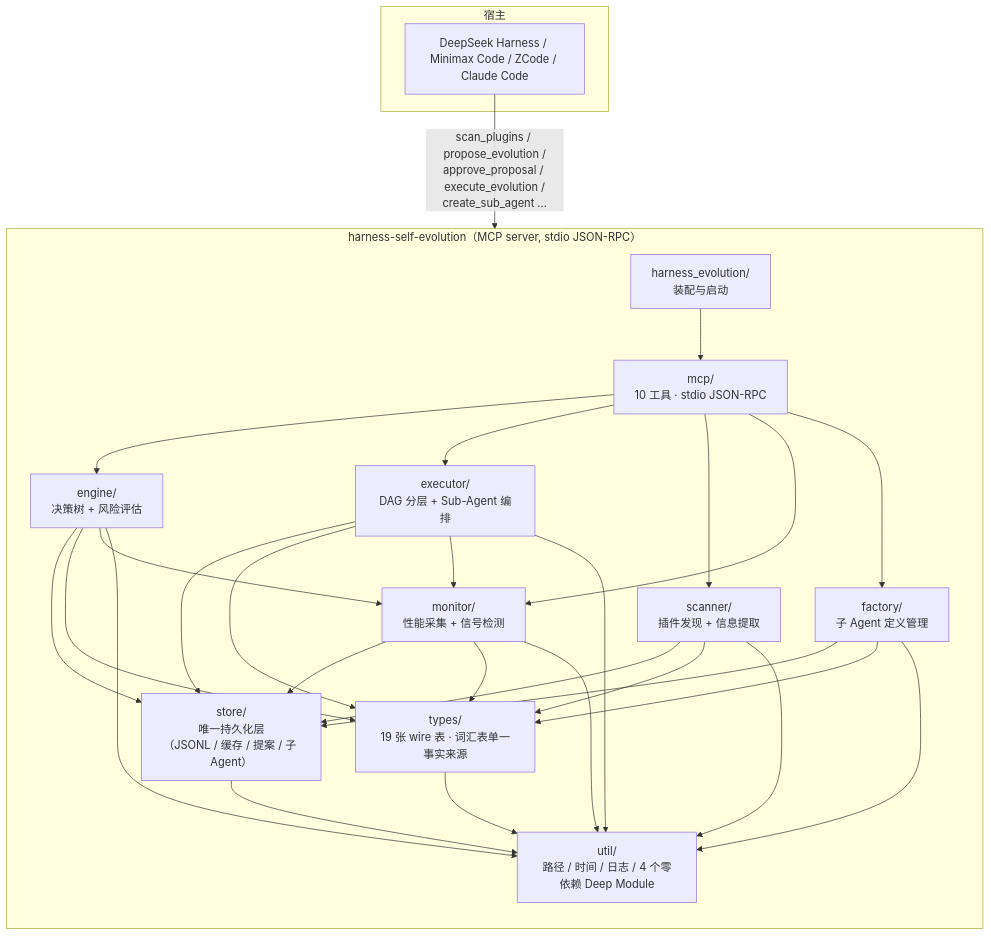
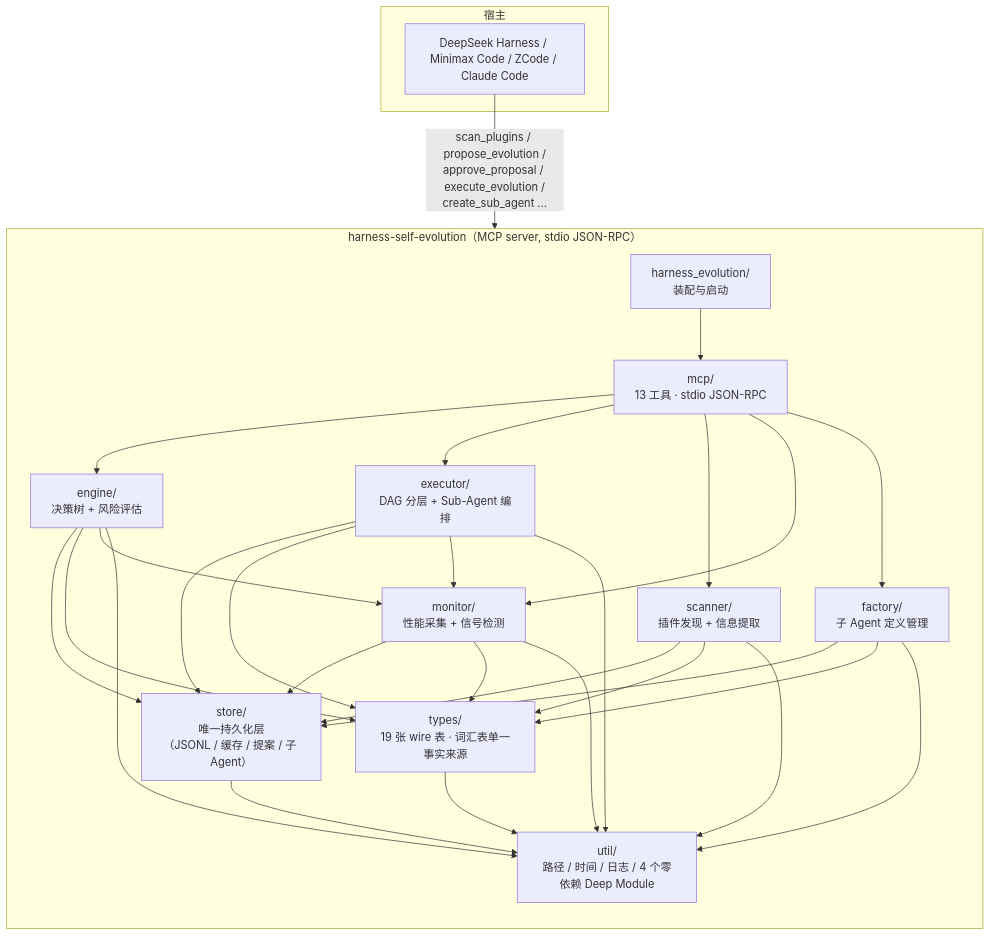
Before and after one commit to Across2005/harness-self-evolution-plugin: the first of 2 diagrams in README.md, drawn with Mermaid. The commit also changed other lines of this file and 28 other files, not shown here.

````diff
--- a/README.md
+++ b/README.md
@@ -67,47 +94,47 @@
 ```mermaid
 flowchart TB
     subgraph 宿主
         Client["DeepSeek Harness / Minimax Code / ZCode / Claude Code"]
     end
     
     subgraph "harness-self-evolution（MCP server, stdio JSON-RPC）"
         direction TB
         HE["harness_evolution/<br/>装配与启动"]
-        MCP["mcp/<br/>10 工具 · stdio JSON-RPC"]
+        MCP["mcp/<br/>13 工具 · stdio JSON-RPC"]
         ENG["engine/<br/>决策树 + 风险评估"]
         EXE["executor/<br/>DAG 分层 + Sub-Agent 编排"]
         FAC["factory/<br/>子 Agent 定义管理"]
         SCN["scanner/<br/>插件发现 + 信息提取"]
         MON["monitor/<br/>性能采集 + 信号检测"]
         ST["store/<br/>唯一持久化层<br/>（JSONL / 缓存 / 提案 / 子 Agent）"]
         TY["types/<br/>19 张 wire 表 · 词汇表单一事实来源"]
         UT["util/<br/>路径 / 时间 / 日志 / 4 个零依赖 Deep Module"]
     end
     
     Client -- "scan_plugins / propose_evolution /<br/>approve_proposal / execute_evolution /<br/>create_sub_agent ..." --> MCP
     HE --> MCP
     MCP --> ENG
     MCP --> EXE
     MCP --> SCN
     MCP --> MON
     MCP --> FAC
     ENG --> ST
     EXE --> ST
     FAC --> ST
     SCN --> ST
     MON --> ST
     SCN --> TY
     ENG --> TY
     EXE --> TY
     FAC --> TY
     MON --> TY
     ENG --> MON
     EXE --> MON
     ST --> UT
     TY --> UT
     ENG --> UT
     EXE --> UT
     FAC --> UT
     SCN --> UT
     MON --> UT
 ```
````
